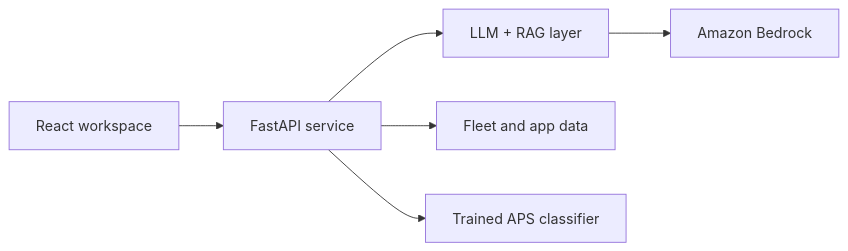
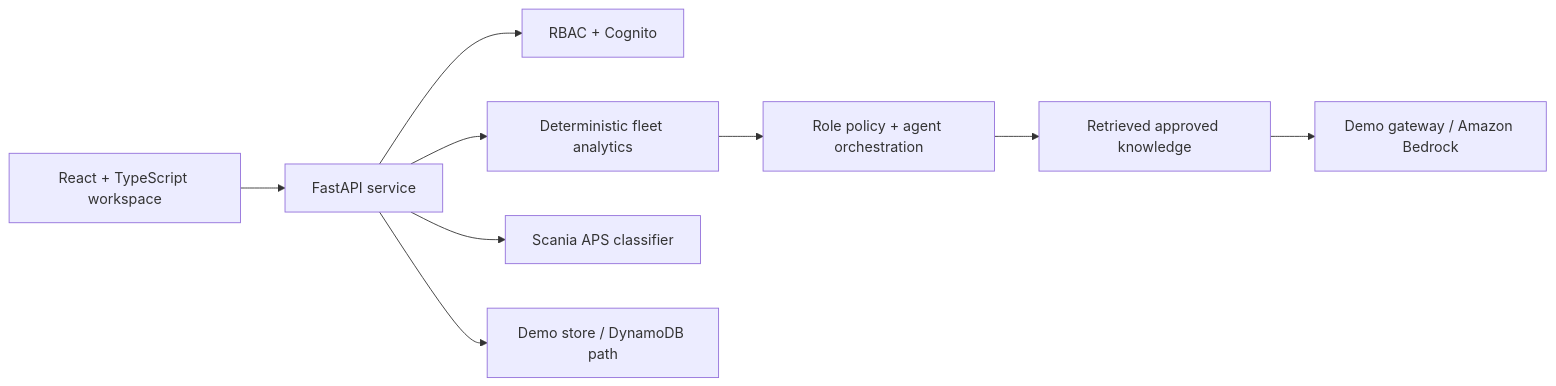
One commit to chaima-menouar/fleetmind-ai-rbac-secured changed the diagram in README.md. Above: the diagram before and after it, drawn with Mermaid. The commit also changed other lines of this file, not shown here.

Commit message:
Refresh FleetMind portfolio documentation

```diff
--- a/README.md
+++ b/README.md
@@ -29,8 +33,11 @@
 ~~~mermaid
 flowchart LR
-    Web["React workspace"] --> API["FastAPI service"]
-    API --> AI["LLM + RAG layer"]
-    API --> Data["Fleet and app data"]
-    API --> ML["Trained APS classifier"]
-    AI --> Bedrock["Amazon Bedrock"]
+    Web["React + TypeScript workspace"] --> API["FastAPI service"]
+    API --> Auth["RBAC + Cognito"]
+    API --> Analytics["Deterministic fleet analytics"]
+    Analytics --> Agent["Role policy + agent orchestration"]
+    Agent --> RAG["Retrieved approved knowledge"]
+    RAG --> LLM["Demo gateway / Amazon Bedrock"]
+    API --> ML["Scania APS classifier"]
+    API --> Data["Demo store / DynamoDB path"]
 ~~~
```
